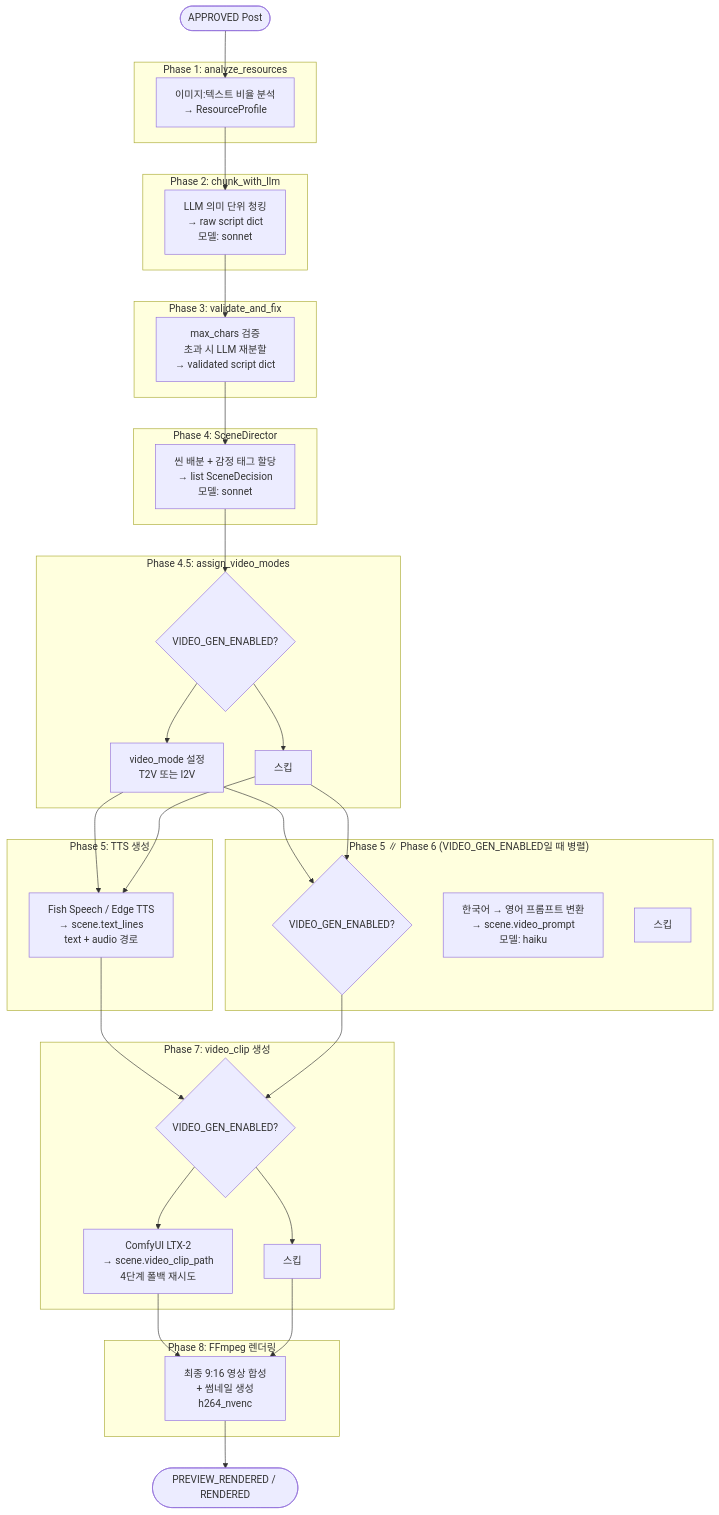
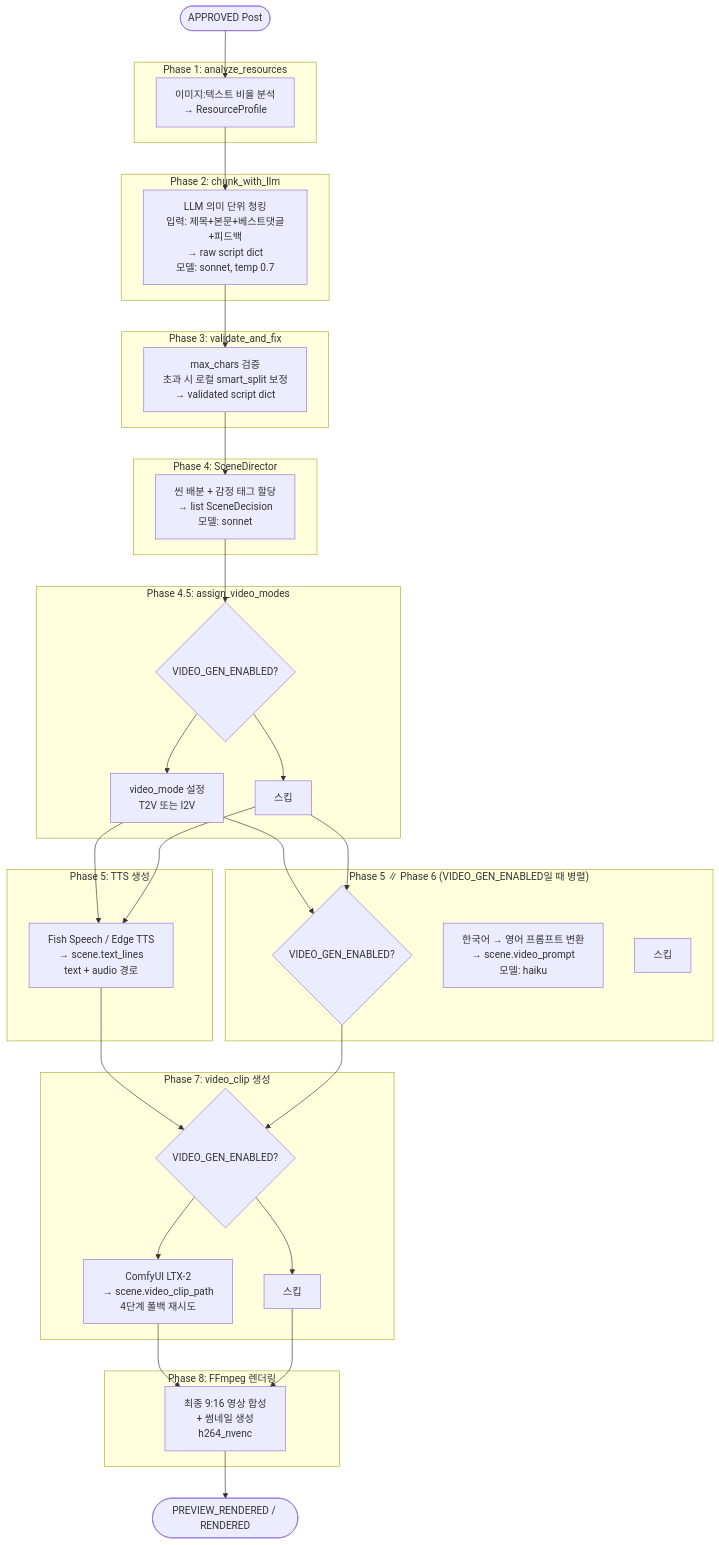
Before and after one commit to Justant-source/WaggleBot: the first of 4 diagrams in docs/pipeline.md, drawn with Mermaid. The commit also changed other lines of this file and 8 other files, not shown here.

````diff
--- a/docs/pipeline.md
+++ b/docs/pipeline.md
@@ -12,56 +12,56 @@
 ```mermaid
 flowchart TD
     START([APPROVED Post]) --> P1
 
     subgraph Phase1["Phase 1: analyze_resources"]
         P1[이미지:텍스트 비율 분석<br/>→ ResourceProfile]
     end
 
     subgraph Phase2["Phase 2: chunk_with_llm"]
-        P2[LLM 의미 단위 청킹<br/>→ raw script dict<br/>모델: sonnet]
+        P2[LLM 의미 단위 청킹<br/>입력: 제목+본문+베스트댓글+피드백<br/>→ raw script dict<br/>모델: sonnet, temp 0.7]
     end
 
     subgraph Phase3["Phase 3: validate_and_fix"]
-        P3[max_chars 검증<br/>초과 시 LLM 재분할<br/>→ validated script dict]
+        P3[max_chars 검증<br/>초과 시 로컬 smart_split 보정<br/>→ validated script dict]
     end
 
     subgraph Phase4["Phase 4: SceneDirector"]
         P4[씬 배분 + 감정 태그 할당<br/>→ list SceneDecision<br/>모델: sonnet]
     end
 
     subgraph Phase45["Phase 4.5: assign_video_modes"]
         P45{VIDEO_GEN_ENABLED?}
         P45Y[video_mode 설정<br/>T2V 또는 I2V]
         P45N[스킵]
     end
 
     subgraph Phase5["Phase 5: TTS 생성"]
         P5[Fish Speech / Edge TTS<br/>→ scene.text_lines<br/>text + audio 경로]
     end
 
     subgraph Phase56["Phase 5 ∥ Phase 6 (VIDEO_GEN_ENABLED일 때 병렬)"]
         P6{VIDEO_GEN_ENABLED?}
         P6Y[한국어 → 영어 프롬프트 변환<br/>→ scene.video_prompt<br/>모델: haiku]
         P6N[스킵]
     end
 
     subgraph Phase7["Phase 7: video_clip 생성"]
         P7{VIDEO_GEN_ENABLED?}
         P7Y[ComfyUI LTX-2<br/>→ scene.video_clip_path<br/>4단계 폴백 재시도]
         P7N[스킵]
     end
 
     subgraph Phase8["Phase 8: FFmpeg 렌더링"]
         P8[최종 9:16 영상 합성<br/>+ 썸네일 생성<br/>h264_nvenc]
     end
 
     END([PREVIEW_RENDERED / RENDERED])
 
     P1 --> P2 --> P3 --> P4 --> P45
     P45 --> P45Y & P45N
     P45Y & P45N --> P5
     P45Y & P45N --> P6
     P5 & P6 --> P7
     P7 --> P7Y & P7N
     P7Y & P7N --> P8 --> END
 ```
````
